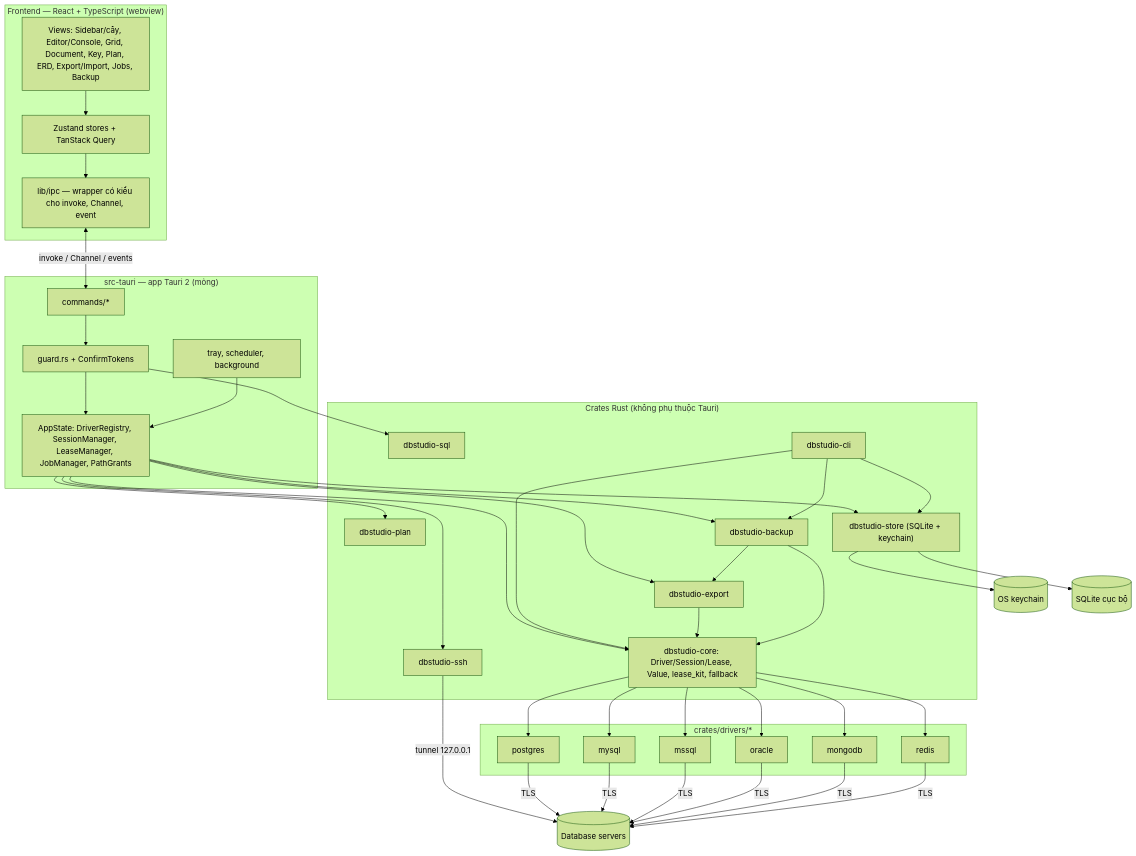
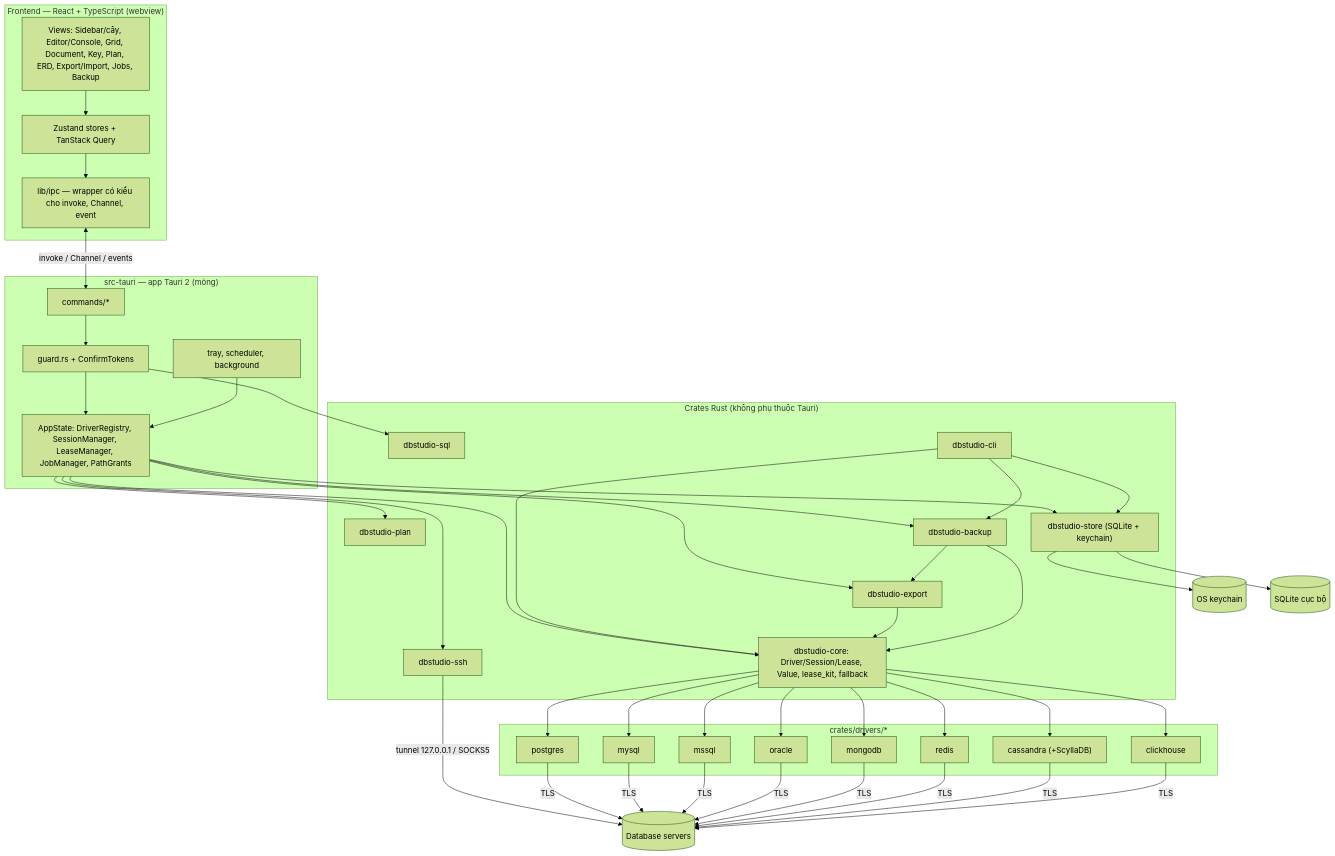
One commit to rickymta/dbstudio changed the first of 3 diagrams in docs/architecture.md. Above: the diagram before and after it, drawn with Mermaid (forest theme). The commit also changed other lines of this file and 2 other files, not shown here.

Commit message:
feat(ssh): MongoDB qua SSH dùng proxy SOCKS5 giữ host gốc (verifyFull, replica set); IT qua sshd tới mongo7

````diff
--- a/docs/architecture.md
+++ b/docs/architecture.md
@@ -17,53 +17,55 @@
 ```mermaid
 flowchart TB
     subgraph FE["Frontend — React + TypeScript (webview)"]
         UI["Views: Sidebar/cây, Editor/Console, Grid, Document, Key, Plan, ERD, Export/Import, Jobs, Backup"]
         ST["Zustand stores + TanStack Query"]
         IPC_TS["lib/ipc — wrapper có kiểu cho invoke, Channel, event"]
         UI --> ST --> IPC_TS
     end
 
     subgraph TAURI["src-tauri — app Tauri 2 (mỏng)"]
         CMD["commands/*"]
         GUARD["guard.rs + ConfirmTokens"]
         STATE["AppState: DriverRegistry, SessionManager, LeaseManager, JobManager, PathGrants"]
         BG["tray, scheduler, background"]
         CMD --> GUARD --> STATE
         BG --> STATE
     end
 
     subgraph CORE["Crates Rust (không phụ thuộc Tauri)"]
         C["dbstudio-core: Driver/Session/Lease, Value, lease_kit, fallback"]
         SQL["dbstudio-sql"]
         PLAN["dbstudio-plan"]
         EXP["dbstudio-export"]
         BK["dbstudio-backup"]
         SSH["dbstudio-ssh"]
         STORE["dbstudio-store (SQLite + keychain)"]
         CLI["dbstudio-cli"]
     end
 
     subgraph DRV["crates/drivers/*"]
         PG["postgres"]
         MY["mysql"]
         MS["mssql"]
         OR["oracle"]
         MG["mongodb"]
         RD["redis"]
+        CS["cassandra (+ScyllaDB)"]
+        CH["clickhouse"]
     end
 
     KC[("OS keychain")]
     SQLITE[("SQLite cục bộ")]
     DBS[("Database servers")]
 
     IPC_TS <-->|"invoke / Channel / events"| CMD
     GUARD --> SQL
     STATE --> C & PLAN & EXP & BK & STORE & SSH
     CLI --> C & BK & STORE
     EXP & BK --> C
     BK --> EXP
-    C --> PG & MY & MS & OR & MG & RD
-    SSH -->|"tunnel 127.0.0.1"| DBS
-    PG & MY & MS & OR & MG & RD -->|"TLS"| DBS
+    C --> PG & MY & MS & OR & MG & RD & CS & CH
+    SSH -->|"tunnel 127.0.0.1 / SOCKS5"| DBS
+    PG & MY & MS & OR & MG & RD & CS & CH -->|"TLS"| DBS
     STORE --> SQLITE & KC
 ```
````
